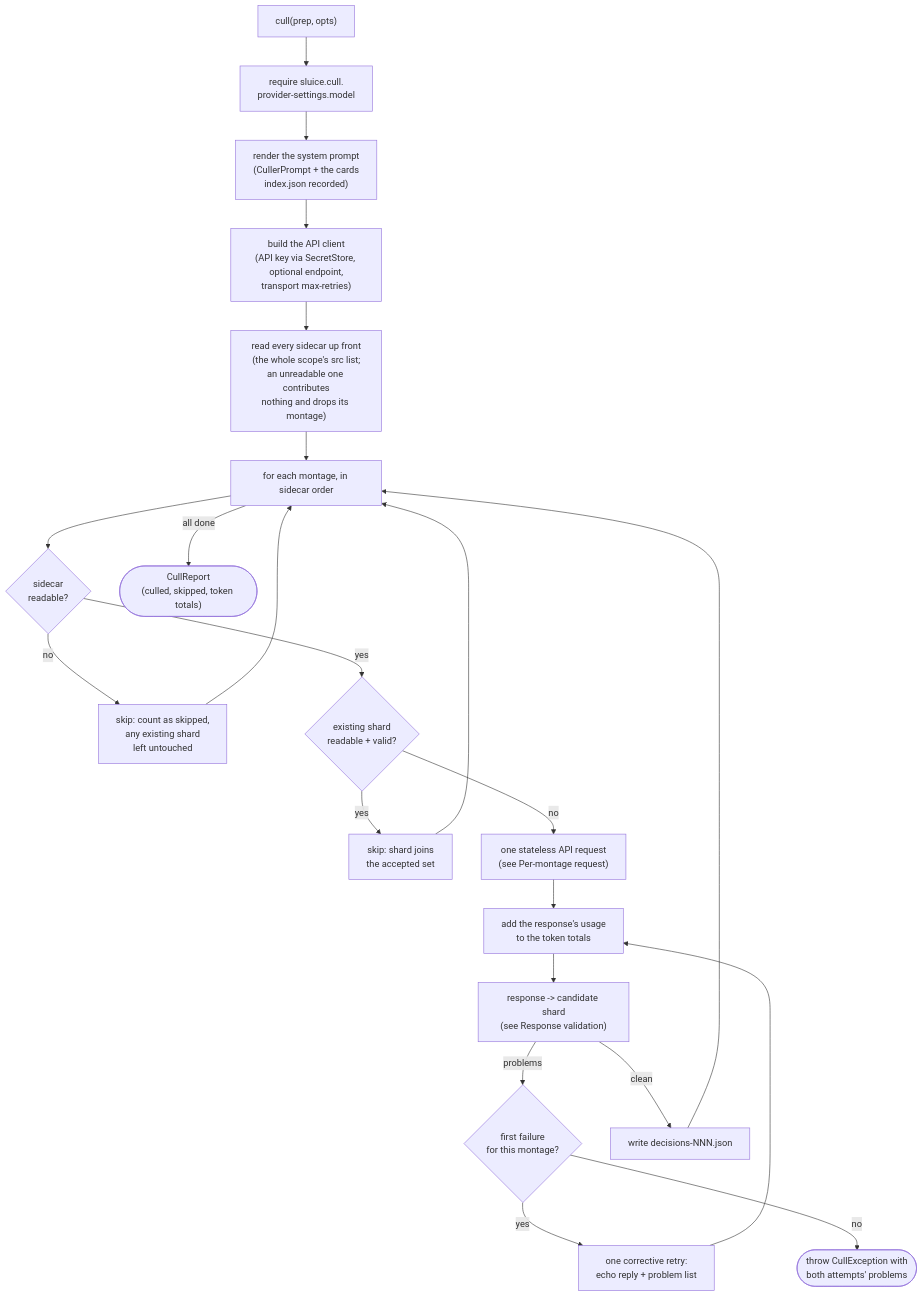
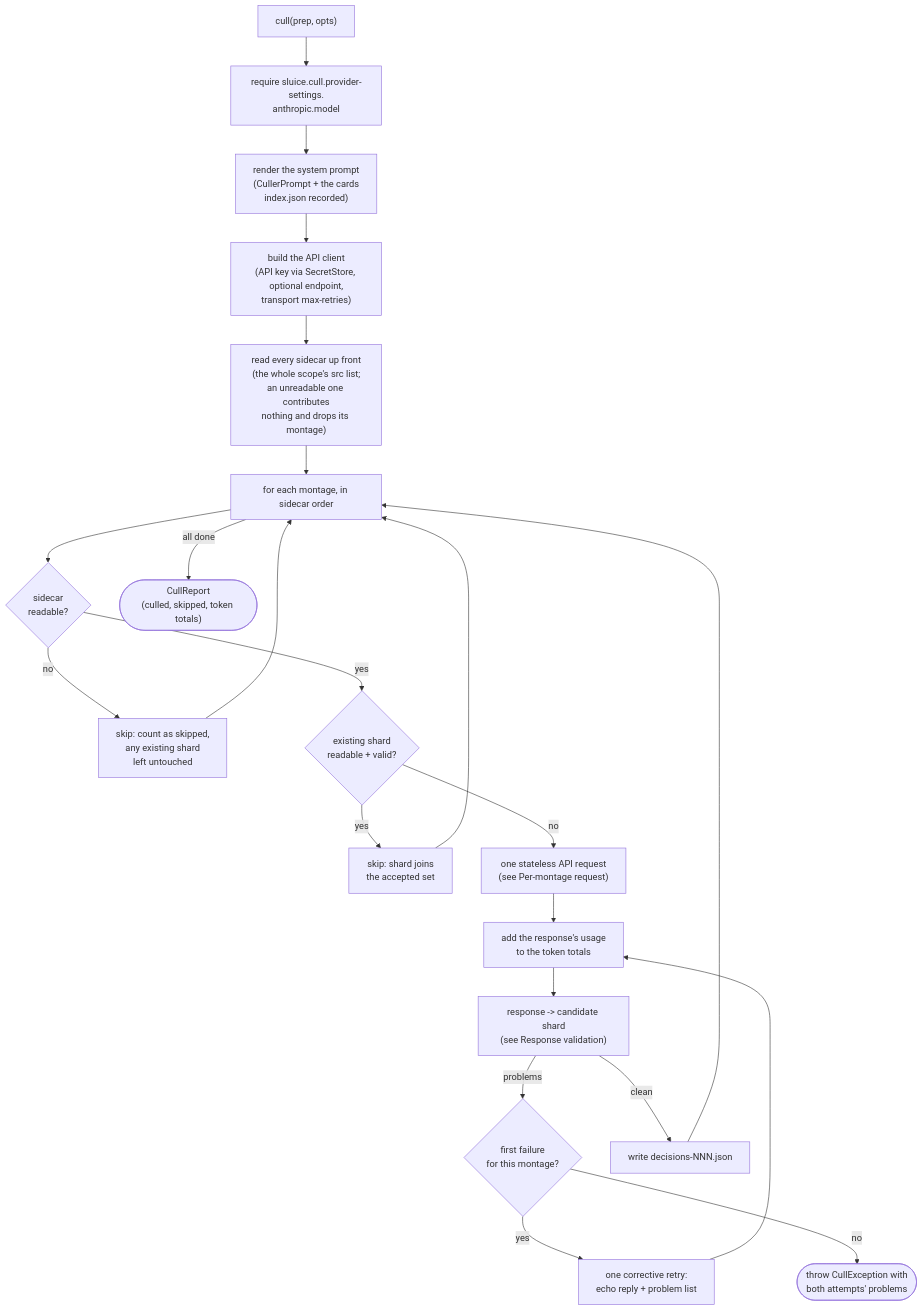
The first of 4 diagrams in app/docs/design/adapter/vision/anthropic-culler.md (AdrianNachev91/sluice), drawn with Mermaid before and after one commit. The commit also changed other lines of this file and 45 other files, not shown here.

````diff
--- a/app/docs/design/adapter/vision/anthropic-culler.md
+++ b/app/docs/design/adapter/vision/anthropic-culler.md
@@ -13,24 +13,24 @@
 ```mermaid
 flowchart TD
-    A["cull(prep, opts)"] --> B["require sluice.cull.<br/>provider-settings.model"]
+    A["cull(prep, opts)"] --> B["require sluice.cull.provider-settings.<br/>anthropic.model"]
     B --> C["render the system prompt<br/>(CullerPrompt + the cards<br/>index.json recorded)"]
     C --> D["build the API client<br/>(API key via SecretStore, optional endpoint,<br/>transport max-retries)"]
     D --> W["read every sidecar up front<br/>(the whole scope's src list;<br/>an unreadable one contributes<br/>nothing and drops its montage)"]
     W --> E["for each montage, in sidecar order"]
     E --> Q{"sidecar<br/>readable?"}
     Q -- no --> S2["skip: count as skipped,<br/>any existing shard<br/>left untouched"]
     S2 --> E
     Q -- yes --> R{"existing shard<br/>readable + valid?"}
     R -- yes --> S["skip: shard joins<br/>the accepted set"]
     S --> E
     R -- no --> F["one stateless API request<br/>(see Per-montage request)"]
     F --> J["add the response's usage<br/>to the token totals"]
     J --> G["response -> candidate shard<br/>(see Response validation)"]
     G -- problems --> T{"first failure<br/>for this montage?"}
     T -- yes --> U["one corrective retry:<br/>echo reply + problem list"]
     U --> J
     T -- no --> X(["throw CullException with<br/>both attempts' problems"])
     G -- clean --> I["write decisions-NNN.json"]
     I --> E
     E -- all done --> K(["CullReport<br/>(culled, skipped, token totals)"])
 ```
````
